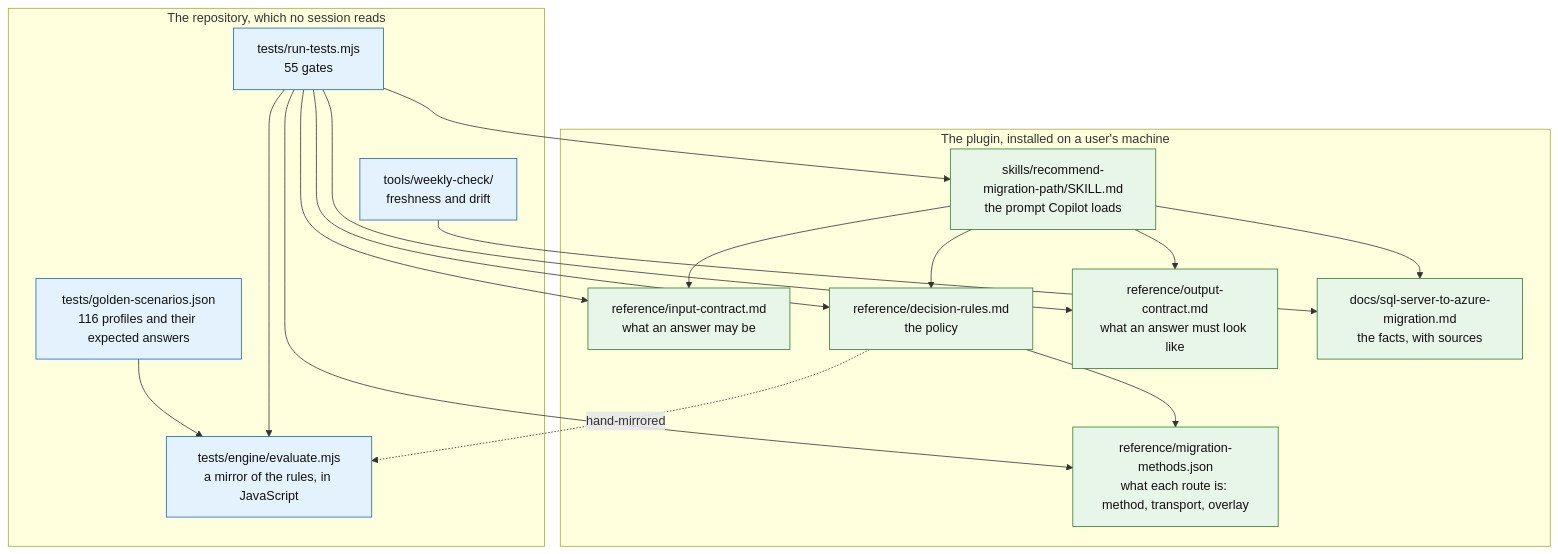
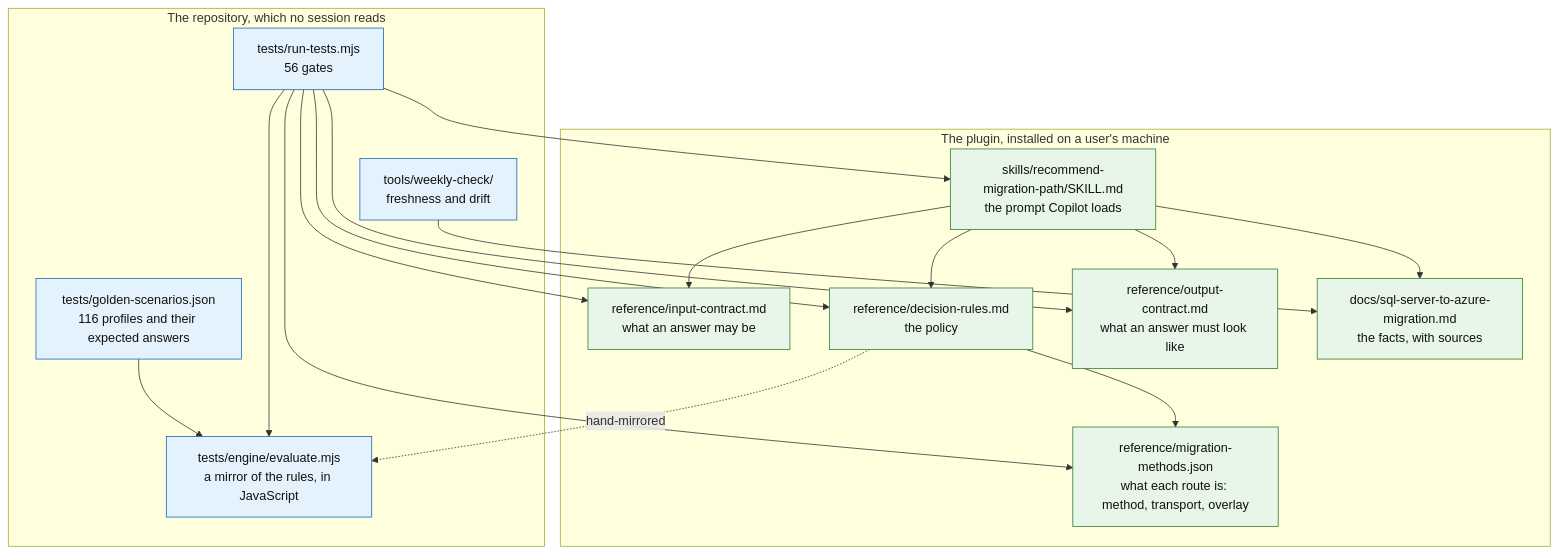
Before and after one commit to fredgis/sql-migration-advisor: the first of 3 diagrams in docs/ARCHITECTURE.md, drawn with Mermaid. The commit also changed other lines of this file and 10 other files, not shown here.

````diff
--- a/docs/ARCHITECTURE.md
+++ b/docs/ARCHITECTURE.md
@@ -28,38 +28,38 @@
 ```mermaid
 flowchart TD
     subgraph plugin["The plugin, installed on a user's machine"]
       SK["skills/recommend-migration-path/SKILL.md<br/>the prompt Copilot loads"]
       IC["reference/input-contract.md<br/>what an answer may be"]
       DR["reference/decision-rules.md<br/>the policy"]
       OC["reference/output-contract.md<br/>what an answer must look like"]
       MM["reference/migration-methods.json<br/>what each route is: method, transport, overlay"]
       KB["docs/sql-server-to-azure-migration.md<br/>the facts, with sources"]
     end
 
     subgraph repo["The repository, which no session reads"]
       EN["tests/engine/evaluate.mjs<br/>a mirror of the rules, in JavaScript"]
       GS["tests/golden-scenarios.json<br/>116 profiles and their expected answers"]
-      GA["tests/run-tests.mjs<br/>55 gates"]
+      GA["tests/run-tests.mjs<br/>56 gates"]
       WK["tools/weekly-check/<br/>freshness and drift"]
     end
 
     SK --> IC
     SK --> DR
     SK --> OC
     SK --> KB
     DR --> MM
     DR -.->|hand-mirrored| EN
     GS --> EN
     GA --> EN
     GA --> SK
     GA --> IC
     GA --> DR
     GA --> OC
     GA --> MM
     WK --> KB
 
     classDef live fill:#e8f5e9,stroke:#2e7d32,color:#111
     classDef test fill:#e3f2fd,stroke:#1565c0,color:#111
     class SK,IC,DR,OC,KB,MM live
     class EN,GS,GA,WK test
 ```
````
